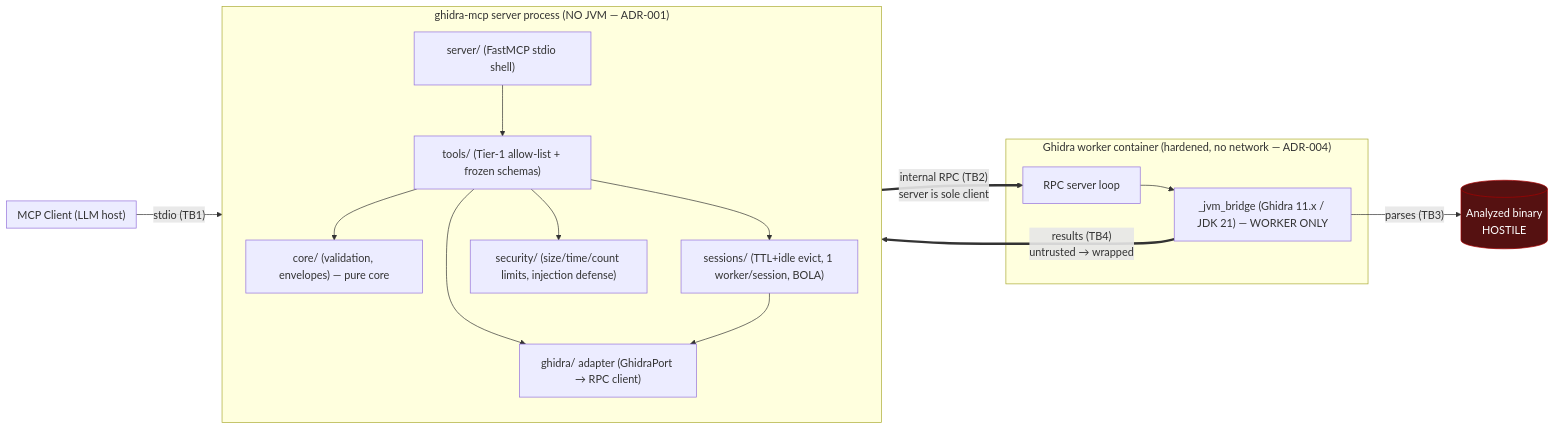
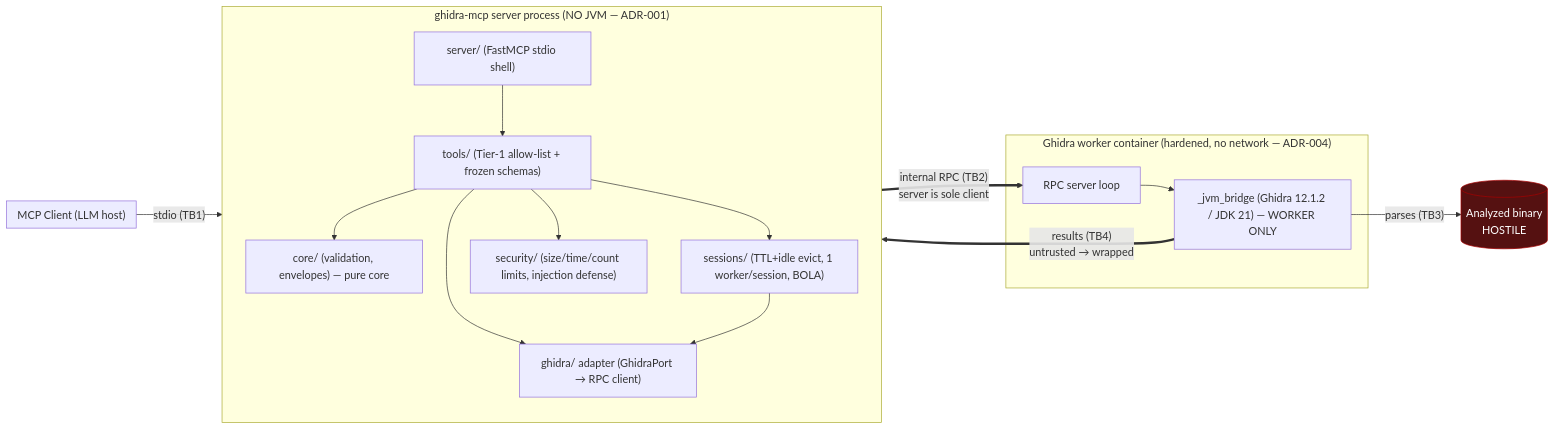
The second of 2 diagrams in docs/architecture.md (0xb007ab1e/vivarium-mcp), drawn with Mermaid before and after one commit. The commit also changed other lines of this file and 71 other files, not shown here.

First line of the commit message:
feat: ghidra-mcp WS1–WS5 — secure stdio MCP server + hardened Ghidra 12.1.2 worker (#1)

````diff
--- a/docs/architecture.md
+++ b/docs/architecture.md
@@ -48,30 +48,30 @@
 ```mermaid
 flowchart LR
   subgraph CLIENT["MCP Client (LLM host)"]
   end
   subgraph SERVER["ghidra-mcp server process (NO JVM — ADR-001)"]
     direction TB
     SH["server/ (FastMCP stdio shell)"]
     TL["tools/ (Tier-1 allow-list + frozen schemas)"]
     CO["core/ (validation, envelopes) — pure core"]
     SM["sessions/ (TTL+idle evict, 1 worker/session, BOLA)"]
     SEC["security/ (size/time/count limits, injection defense)"]
     AD["ghidra/ adapter (GhidraPort → RPC client)"]
     SH --> TL --> CO
     TL --> SM
     TL --> SEC
     TL --> AD
     SM --> AD
   end
   subgraph WORKER["Ghidra worker container (hardened, no network — ADR-004)"]
     RPC["RPC server loop"]
-    JVM["_jvm_bridge (Ghidra 11.x / JDK 21) — WORKER ONLY"]
+    JVM["_jvm_bridge (Ghidra 12.1.2 / JDK 21) — WORKER ONLY"]
     RPC --> JVM
   end
   BIN[("Analyzed binary\nHOSTILE")]:::hostile
   CLIENT -- "stdio (TB1)" --> SH
   AD == "internal RPC (TB2)\nserver is sole client" ==> RPC
   JVM -- "parses (TB3)" --> BIN
   JVM == "results (TB4)\nuntrusted → wrapped" ==> AD
   classDef hostile fill:#511,stroke:#a00,color:#fff;
 ```
````
